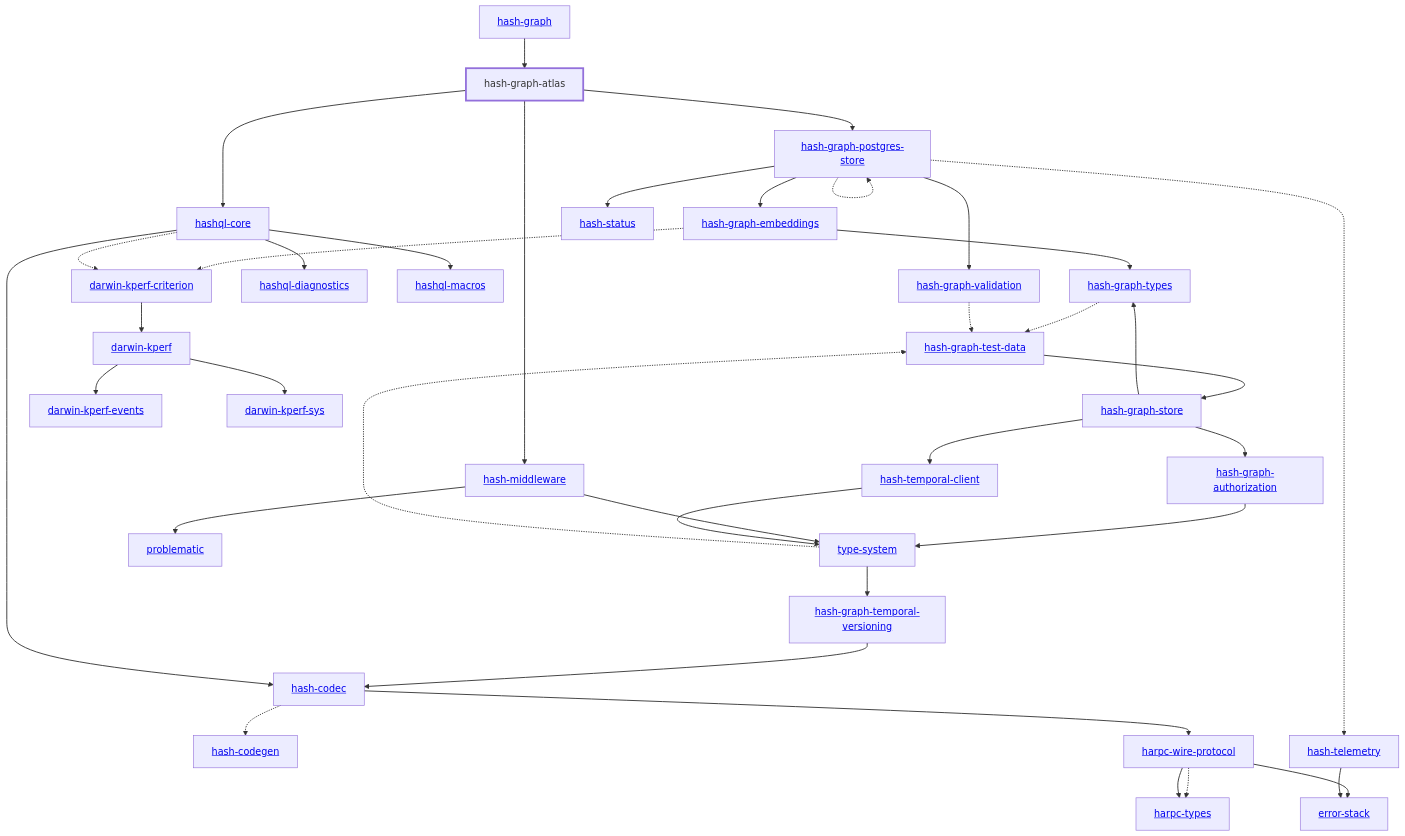
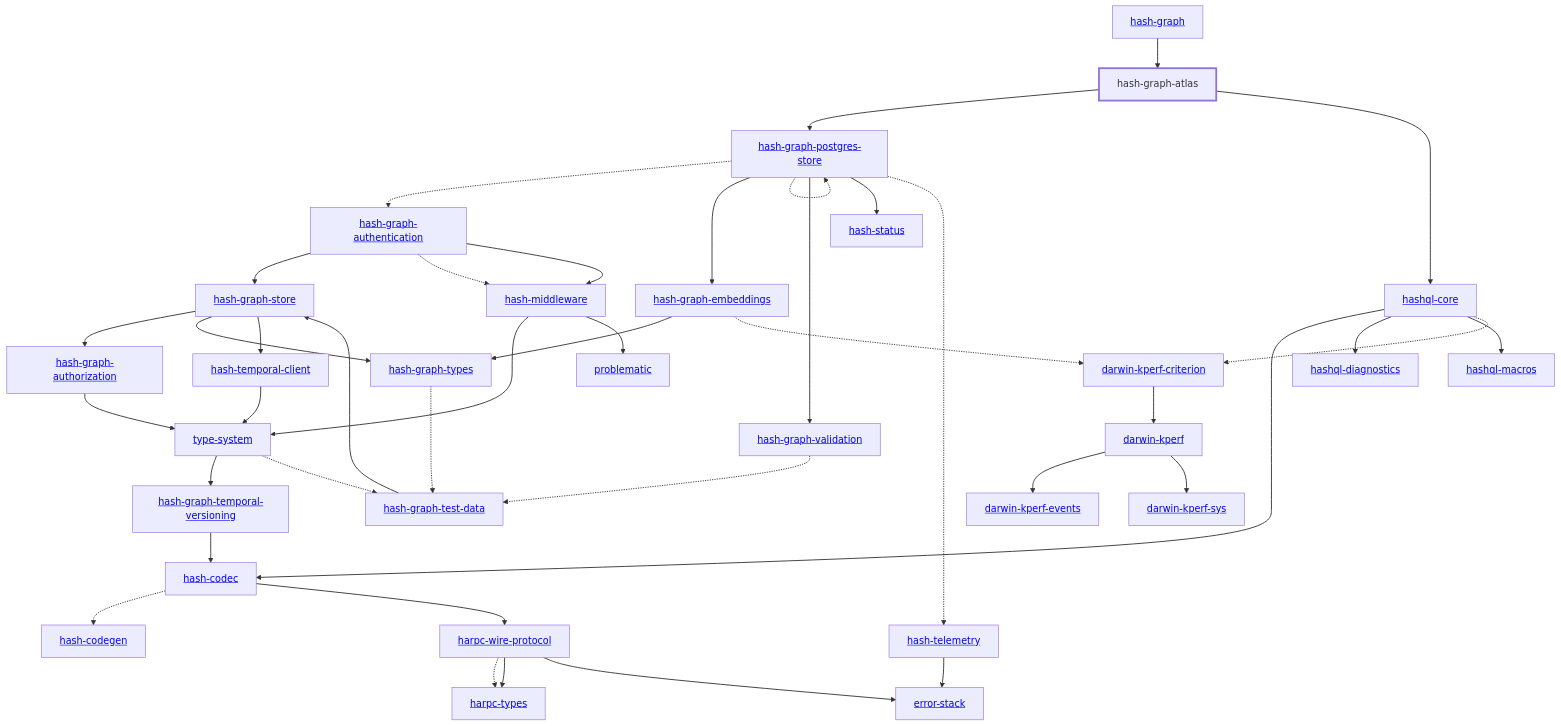
One commit to hashintel/hash changed the diagram in libs/@local/graph/atlas/docs/dependency-diagram.mmd. Above: the diagram before and after it, drawn with Mermaid. The commit also changed 47 other files, not shown here.

Commit message:
Authenticate public Graph API requests with API tokens

```diff
--- a/libs/@local/graph/atlas/docs/dependency-diagram.mmd
+++ b/libs/@local/graph/atlas/docs/dependency-diagram.mmd
@@ -1,76 +1,80 @@
 graph TD
     linkStyle default stroke-width:1.5px
     classDef default stroke-width:1px
     classDef root stroke-width:3px
     classDef dev stroke-width:1px
     classDef build stroke-width:1px
     %% Legend
     %% --> : Normal dependency
     %% -.-> : Dev dependency
     %% ---> : Build dependency
     0[<a href="../hash_graph/index.html">hash-graph</a>]
     1[<a href="../type_system/index.html">type-system</a>]
     2[<a href="../hash_codec/index.html">hash-codec</a>]
     3[<a href="../hash_codegen/index.html">hash-codegen</a>]
     4[hash-graph-atlas]
     class 4 root
-    5[<a href="../hash_graph_authorization/index.html">hash-graph-authorization</a>]
-    6[<a href="../hash_graph_embeddings/index.html">hash-graph-embeddings</a>]
-    7[<a href="../hash_graph_postgres_store/index.html">hash-graph-postgres-store</a>]
-    8[<a href="../hash_graph_store/index.html">hash-graph-store</a>]
-    9[<a href="../hash_graph_temporal_versioning/index.html">hash-graph-temporal-versioning</a>]
-    10[<a href="../hash_graph_types/index.html">hash-graph-types</a>]
-    11[<a href="../hash_graph_validation/index.html">hash-graph-validation</a>]
-    12[<a href="../harpc_types/index.html">harpc-types</a>]
-    13[<a href="../harpc_wire_protocol/index.html">harpc-wire-protocol</a>]
-    14[<a href="../hashql_core/index.html">hashql-core</a>]
-    15[<a href="../hashql_diagnostics/index.html">hashql-diagnostics</a>]
-    16[<a href="../hashql_macros/index.html">hashql-macros</a>]
-    17[<a href="../hash_middleware/index.html">hash-middleware</a>]
-    18[<a href="../hash_status/index.html">hash-status</a>]
-    19[<a href="../hash_telemetry/index.html">hash-telemetry</a>]
-    20[<a href="../hash_temporal_client/index.html">hash-temporal-client</a>]
-    21[<a href="../darwin_kperf/index.html">darwin-kperf</a>]
-    22[<a href="../darwin_kperf_criterion/index.html">darwin-kperf-criterion</a>]
-    23[<a href="../darwin_kperf_events/index.html">darwin-kperf-events</a>]
-    24[<a href="../darwin_kperf_sys/index.html">darwin-kperf-sys</a>]
-    25[<a href="../error_stack/index.html">error-stack</a>]
-    26[<a href="../problematic/index.html">problematic</a>]
-    27[<a href="../hash_graph_test_data/index.html">hash-graph-test-data</a>]
+    5[<a href="../hash_graph_authentication/index.html">hash-graph-authentication</a>]
+    6[<a href="../hash_graph_authorization/index.html">hash-graph-authorization</a>]
+    7[<a href="../hash_graph_embeddings/index.html">hash-graph-embeddings</a>]
+    8[<a href="../hash_graph_postgres_store/index.html">hash-graph-postgres-store</a>]
+    9[<a href="../hash_graph_store/index.html">hash-graph-store</a>]
+    10[<a href="../hash_graph_temporal_versioning/index.html">hash-graph-temporal-versioning</a>]
+    11[<a href="../hash_graph_types/index.html">hash-graph-types</a>]
+    12[<a href="../hash_graph_validation/index.html">hash-graph-validation</a>]
+    13[<a href="../harpc_types/index.html">harpc-types</a>]
+    14[<a href="../harpc_wire_protocol/index.html">harpc-wire-protocol</a>]
+    15[<a href="../hashql_core/index.html">hashql-core</a>]
+    16[<a href="../hashql_diagnostics/index.html">hashql-diagnostics</a>]
+    17[<a href="../hashql_macros/index.html">hashql-macros</a>]
+    18[<a href="../hash_middleware/index.html">hash-middleware</a>]
+    19[<a href="../hash_status/index.html">hash-status</a>]
+    20[<a href="../hash_telemetry/index.html">hash-telemetry</a>]
+    21[<a href="../hash_temporal_client/index.html">hash-temporal-client</a>]
+    22[<a href="../darwin_kperf/index.html">darwin-kperf</a>]
+    23[<a href="../darwin_kperf_criterion/index.html">darwin-kperf-criterion</a>]
+    24[<a href="../darwin_kperf_events/index.html">darwin-kperf-events</a>]
+    25[<a href="../darwin_kperf_sys/index.html">darwin-kperf-sys</a>]
+    26[<a href="../error_stack/index.html">error-stack</a>]
+    27[<a href="../problematic/index.html">problematic</a>]
+    28[<a href="../hash_graph_test_data/index.html">hash-graph-test-data</a>]
     0 --> 4
-    1 --> 9
-    1 -.-> 27
+    1 --> 10
+    1 -.-> 28
     2 -.-> 3
-    2 --> 13
-    4 --> 7
-    4 --> 14
-    4 --> 17
-    5 --> 1
-    6 --> 10
-    6 -.-> 22
-    7 --> 6
-    7 -.-> 7
+    2 --> 14
+    4 --> 8
+    4 --> 15
+    5 --> 9
+    5 -.-> 18
+    5 --> 18
+    6 --> 1
     7 --> 11
-    7 --> 18
-    7 -.-> 19
-    8 --> 5
-    8 --> 10
-    8 --> 20
-    9 --> 2
-    10 -.-> 27
-    11 -.-> 27
-    13 -.-> 12
-    13 --> 12
-    13 --> 25
-    14 --> 2
-    14 --> 15
-    14 --> 16
-    14 -.-> 22
-    17 --> 1
-    17 --> 26
-    19 --> 25
-    20 --> 1
-    21 --> 23
-    21 --> 24
-    22 --> 21
-    27 --> 8
+    7 -.-> 23
+    8 -.-> 5
+    8 --> 7
+    8 -.-> 8
+    8 --> 12
+    8 --> 19
+    8 -.-> 20
+    9 --> 6
+    9 --> 11
+    9 --> 21
+    10 --> 2
+    11 -.-> 28
+    12 -.-> 28
+    14 -.-> 13
+    14 --> 13
+    14 --> 26
+    15 --> 2
+    15 --> 16
+    15 --> 17
+    15 -.-> 23
+    18 --> 1
+    18 --> 27
+    20 --> 26
+    21 --> 1
+    22 --> 24
+    22 --> 25
+    23 --> 22
+    28 --> 9
```
